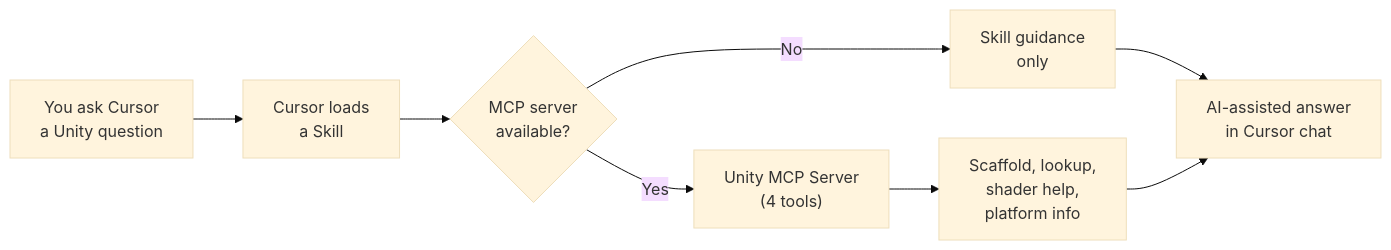
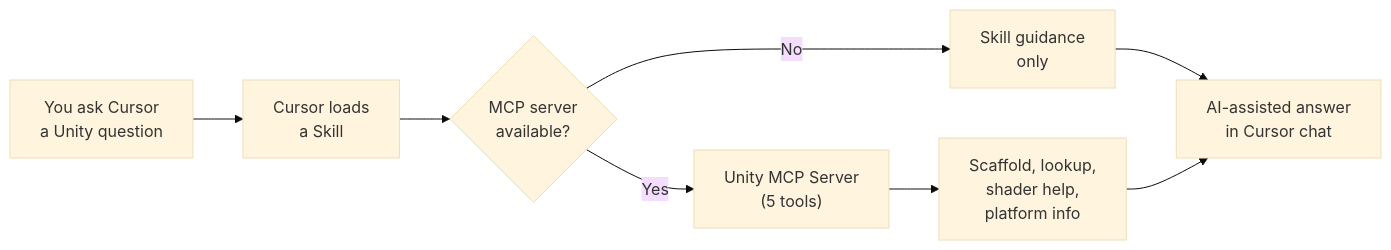
One commit to TMHSDigital/Unity-Developer-Tools changed the diagram in README.md. Above: the diagram before and after it, drawn with Mermaid (base theme). The commit also changed other lines of this file and 12 other files, not shown here.

````diff
--- a/README.md
+++ b/README.md
@@ -45,10 +45,10 @@
 ```mermaid
 flowchart LR
     A["You ask Cursor\na Unity question"] --> B["Cursor loads\na Skill"]
     B --> C{"MCP server\navailable?"}
-    C -- Yes --> D["Unity MCP Server\n(4 tools)"]
+    C -- Yes --> D["Unity MCP Server\n(5 tools)"]
     C -- No --> E["Skill guidance\nonly"]
     D --> F["Scaffold, lookup,\nshader help,\nplatform info"]
     E --> G["AI-assisted answer\nin Cursor chat"]
     F --> G
 ```
````
